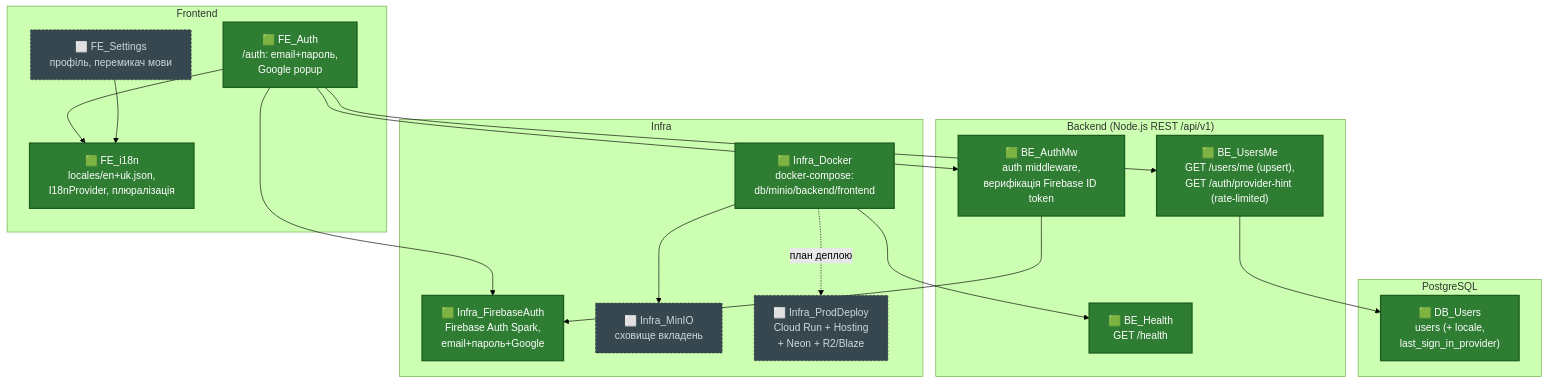
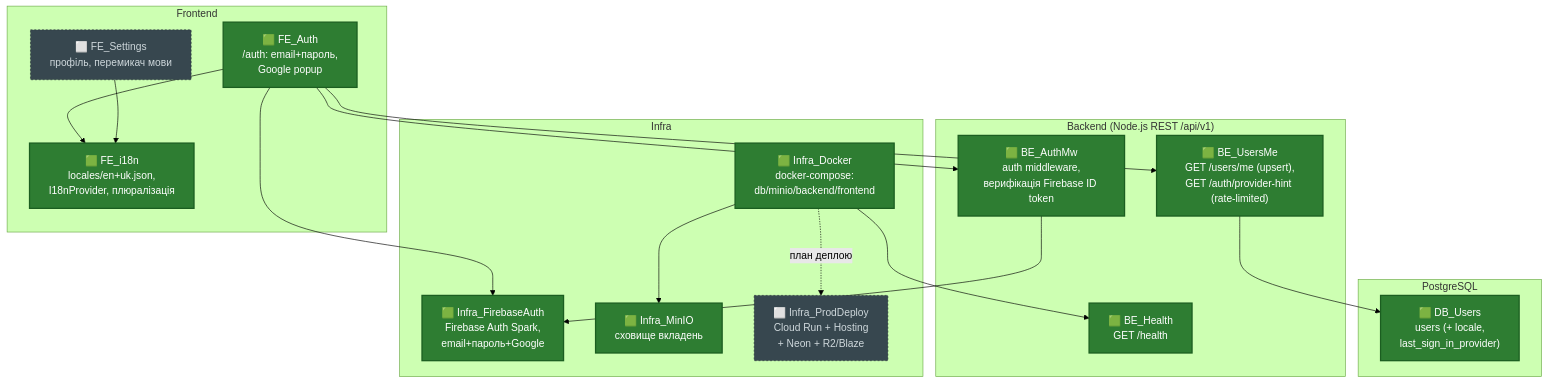
The first of 4 diagrams in PROJECT_MAP.md (ansukhorukova/learn-it), drawn with Mermaid (forest theme) before and after one commit. The commit also changed other lines of this file and 1 other file, not shown here.

Commit message:
docs: update PROJECT_MAP.md — Task attachments позначено done після Approve, FE_TaskPanel — progress (лише секція вкладень)

````diff
--- a/PROJECT_MAP.md
+++ b/PROJECT_MAP.md
@@ -17,43 +17,43 @@
 ```mermaid
 graph TD
   classDef done fill:#2e7d32,color:#ffffff,stroke:#1b5e20,stroke-width:2px;
   classDef progress fill:#f9a825,color:#1a1a1a,stroke:#f57f17,stroke-width:2px;
   classDef planned fill:#37474f,color:#cfd8dc,stroke:#263238,stroke-width:1px,stroke-dasharray: 3 3;
 
   subgraph FE["Frontend"]
     FE_i18n["🟩 FE_i18n<br/>locales/en+uk.json,<br/>I18nProvider, плюралізація"]
     FE_Auth["🟩 FE_Auth<br/>/auth: email+пароль,<br/>Google popup"]
     FE_Settings["⬜ FE_Settings<br/>профіль, перемикач мови"]
   end
 
   subgraph BE["Backend (Node.js REST /api/v1)"]
     BE_Health["🟩 BE_Health<br/>GET /health"]
     BE_AuthMw["🟩 BE_AuthMw<br/>auth middleware,<br/>верифікація Firebase ID token"]
     BE_UsersMe["🟩 BE_UsersMe<br/>GET /users/me (upsert),<br/>GET /auth/provider-hint (rate-limited)"]
   end
 
   subgraph DB["PostgreSQL"]
     DB_Users["🟩 DB_Users<br/>users (+ locale,<br/>last_sign_in_provider)"]
   end
 
   subgraph Infra["Infra"]
     Infra_Docker["🟩 Infra_Docker<br/>docker-compose:<br/>db/minio/backend/frontend"]
     Infra_FirebaseAuth["🟩 Infra_FirebaseAuth<br/>Firebase Auth Spark,<br/>email+пароль+Google"]
-    Infra_MinIO["⬜ Infra_MinIO<br/>сховище вкладень"]
+    Infra_MinIO["🟩 Infra_MinIO<br/>сховище вкладень"]
     Infra_ProdDeploy["⬜ Infra_ProdDeploy<br/>Cloud Run + Hosting<br/>+ Neon + R2/Blaze"]
   end
 
   FE_Auth --> FE_i18n
   FE_Settings --> FE_i18n
   FE_Auth --> BE_AuthMw
   FE_Auth --> BE_UsersMe
   FE_Auth --> Infra_FirebaseAuth
   BE_AuthMw --> Infra_FirebaseAuth
   BE_UsersMe --> DB_Users
   Infra_Docker --> BE_Health
   Infra_Docker --> Infra_MinIO
   Infra_Docker -.план деплою.-> Infra_ProdDeploy
 
-  class FE_i18n,FE_Auth,BE_Health,BE_AuthMw,BE_UsersMe,DB_Users,Infra_Docker,Infra_FirebaseAuth done;
-  class FE_Settings,Infra_MinIO,Infra_ProdDeploy planned;
+  class FE_i18n,FE_Auth,BE_Health,BE_AuthMw,BE_UsersMe,DB_Users,Infra_Docker,Infra_FirebaseAuth,Infra_MinIO done;
+  class FE_Settings,Infra_ProdDeploy planned;
 ```
````
